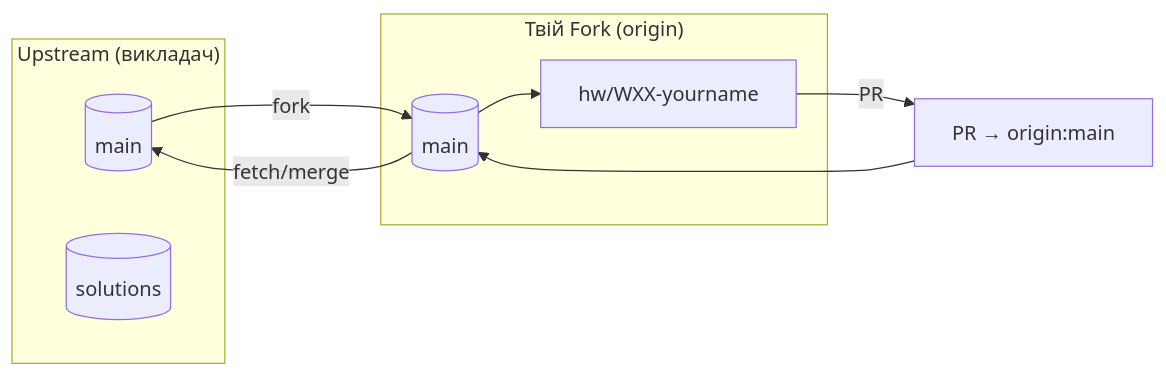
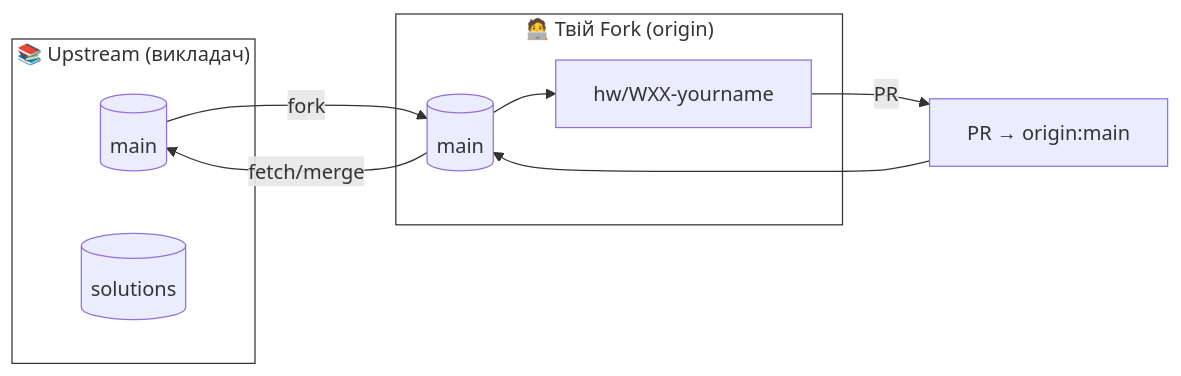
One commit to VitaliyBogdanuk/Full-Stack-Web-Development changed the first of 2 diagrams in docs/diagrams/GIT_FLOW.md. Above: the diagram before and after it, drawn with Mermaid.

Commit message:
add mermaid fix

````diff
--- a/docs/diagrams/GIT_FLOW.md
+++ b/docs/diagrams/GIT_FLOW.md
@@ -4,18 +4,24 @@
 ```mermaid
 flowchart LR
-  subgraph Upstream["Upstream (викладач)"]
+  subgraph Upstream["📚 Upstream (викладач)"]
     Umain[(main)]
     Usolutions[(solutions)]
   end
 
-  subgraph Origin["Твій Fork (origin)"]
+  subgraph Origin["🧑‍💻 Твій Fork (origin)"]
     Smain[(main)]
     Shw["hw/WXX-yourname"]
   end
 
   Umain -- fork --> Smain
   Smain --> Shw
   Shw -->|PR| PRo[PR → origin:main]
   PRo --> Smain
   Smain -- fetch/merge --> Umain
+
+  %% 🔖 Визначаємо клас для білих блоків
+  classDef whitebg fill:#fff,stroke:#333,stroke-width:1px;
+
+  %% 🔖 Призначаємо клас контейнерам subgraph
+  class Upstream,Origin whitebg;
 ```
````
